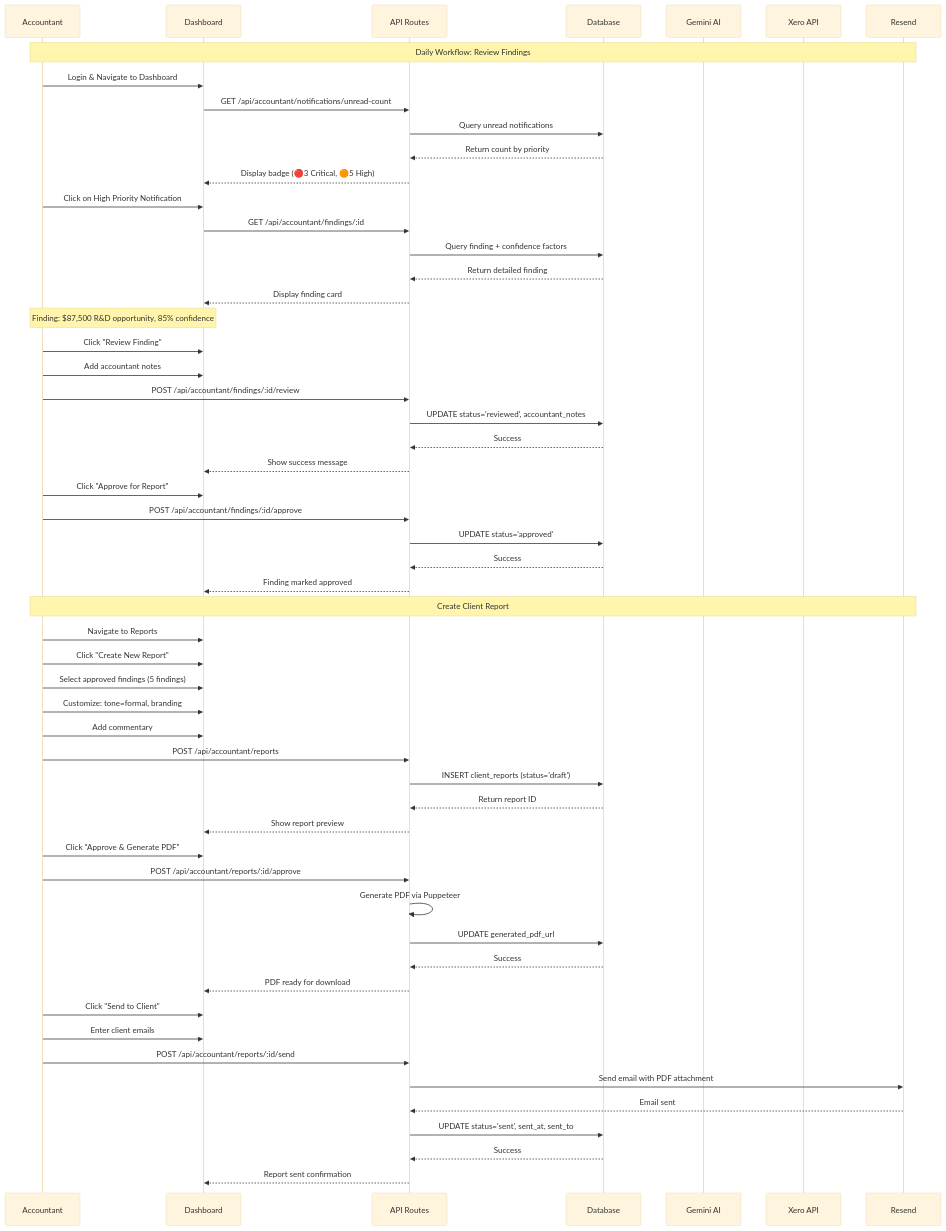
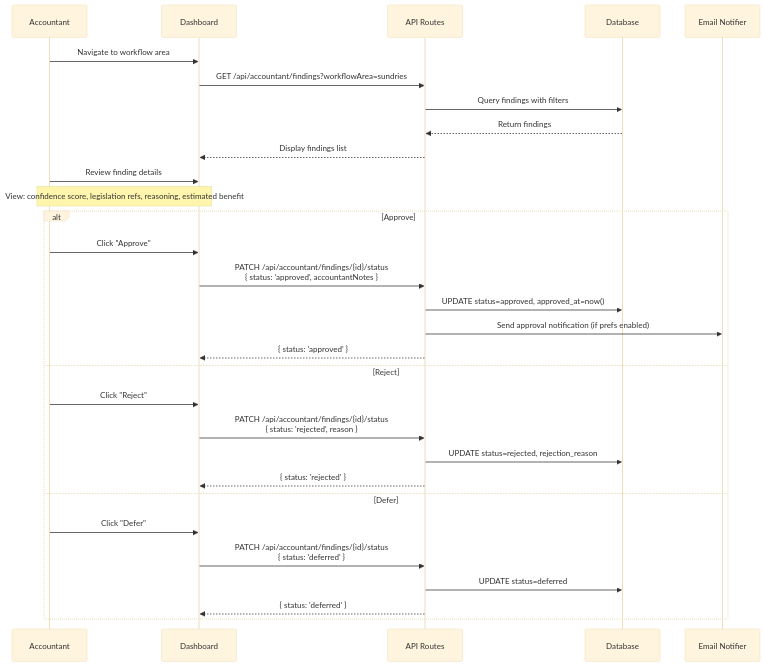
One commit to CleanExpo/ATO changed the ninth of 15 diagrams in docs/diagrams/accountant-workflow-system.md. Above: the diagram before and after it, drawn with Mermaid (base theme). The commit also changed other lines of this file and 4 other files, not shown here.

First line of the commit message:
Update accountant workflow architecture docs to match implementation (ORCH-ACC-001)

````diff
--- a/docs/diagrams/accountant-workflow-system.md
+++ b/docs/diagrams/accountant-workflow-system.md
@@ -428,67 +389,35 @@
 ```mermaid
 sequenceDiagram
     participant ACC as Accountant
     participant DASH as Dashboard
     participant API as API Routes
     participant DB as Database
-    participant GEMINI as Gemini AI
-    participant XERO as Xero API
-    participant EMAIL as Resend
+    participant EMAIL as Email Notifier
 
-    Note over ACC,EMAIL: Daily Workflow: Review Findings
+    ACC->>DASH: Navigate to workflow area
+    DASH->>API: GET /api/accountant/findings?workflowArea=sundries
+    API->>DB: Query findings with filters
+    DB-->>API: Return findings
+    API-->>DASH: Display findings list
 
-    ACC->>DASH: Login & Navigate to Dashboard
-    DASH->>API: GET /api/accountant/notifications/unread-count
-    API->>DB: Query unread notifications
-    DB-->>API: Return count by priority
-    API-->>DASH: Display badge (🔴3 Critical, 🟠5 High)
+    ACC->>DASH: Review finding details
+    Note over ACC,DASH: View: confidence score, legislation refs, reasoning, estimated benefit
 
-    ACC->>DASH: Click on High Priority Notification
-    DASH->>API: GET /api/accountant/findings/:id
-    API->>DB: Query finding + confidence factors
-    DB-->>API: Return detailed finding
-    API-->>DASH: Display finding card
-
-    Note over ACC,DASH: Finding: $87,500 R&D opportunity, 85% confidence
-
-    ACC->>DASH: Click "Review Finding"
-    ACC->>DASH: Add accountant notes
-    ACC->>API: POST /api/accountant/findings/:id/review
-    API->>DB: UPDATE status='reviewed', accountant_notes
-    DB-->>API: Success
-    API-->>DASH: Show success message
-
-    ACC->>DASH: Click "Approve for Report"
-    ACC->>API: POST /api/accountant/findings/:id/approve
-    API->>DB: UPDATE status='approved'
-    DB-->>API: Success
-    API-->>DASH: Finding marked approved
-
-    Note over ACC,EMAIL: Create Client Report
-
-    ACC->>DASH: Navigate to Reports
-    ACC->>DASH: Click "Create New Report"
-    ACC->>DASH: Select approved findings (5 findings)
-    ACC->>DASH: Customize: tone=formal, branding
-    ACC->>DASH: Add commentary
-    ACC->>API: POST /api/accountant/reports
-    API->>DB: INSERT client_reports (status='draft')
-    DB-->>API: Return report ID
-    API-->>DASH: Show report preview
-
-    ACC->>DASH: Click "Approve & Generate PDF"
-    ACC->>API: POST /api/accountant/reports/:id/approve
-    API->>API: Generate PDF via Puppeteer
-    API->>DB: UPDATE generated_pdf_url
-    DB-->>API: Success
-    API-->>DASH: PDF ready for download
-
-    ACC->>DASH: Click "Send to Client"
-    ACC->>DASH: Enter client emails
-    ACC->>API: POST /api/accountant/reports/:id/send
-    API->>EMAIL: Send email with PDF attachment
-    EMAIL-->>API: Email sent
-    API->>DB: UPDATE status='sent', sent_at, sent_to
-    DB-->>API: Success
-    API-->>DASH: Report sent confirmation
+    alt Approve
+        ACC->>DASH: Click "Approve"
+        DASH->>API: PATCH /api/accountant/findings/{id}/status<br/>{ status: 'approved', accountantNotes }
+        API->>DB: UPDATE status=approved, approved_at=now()
+        API->>EMAIL: Send approval notification (if prefs enabled)
+        API-->>DASH: { status: 'approved' }
+    else Reject
+        ACC->>DASH: Click "Reject"
+        DASH->>API: PATCH /api/accountant/findings/{id}/status<br/>{ status: 'rejected', reason }
+        API->>DB: UPDATE status=rejected, rejection_reason
+        API-->>DASH: { status: 'rejected' }
+    else Defer
+        ACC->>DASH: Click "Defer"
+        DASH->>API: PATCH /api/accountant/findings/{id}/status<br/>{ status: 'deferred' }
+        API->>DB: UPDATE status=deferred
+        API-->>DASH: { status: 'deferred' }
+    end
 ```
````
